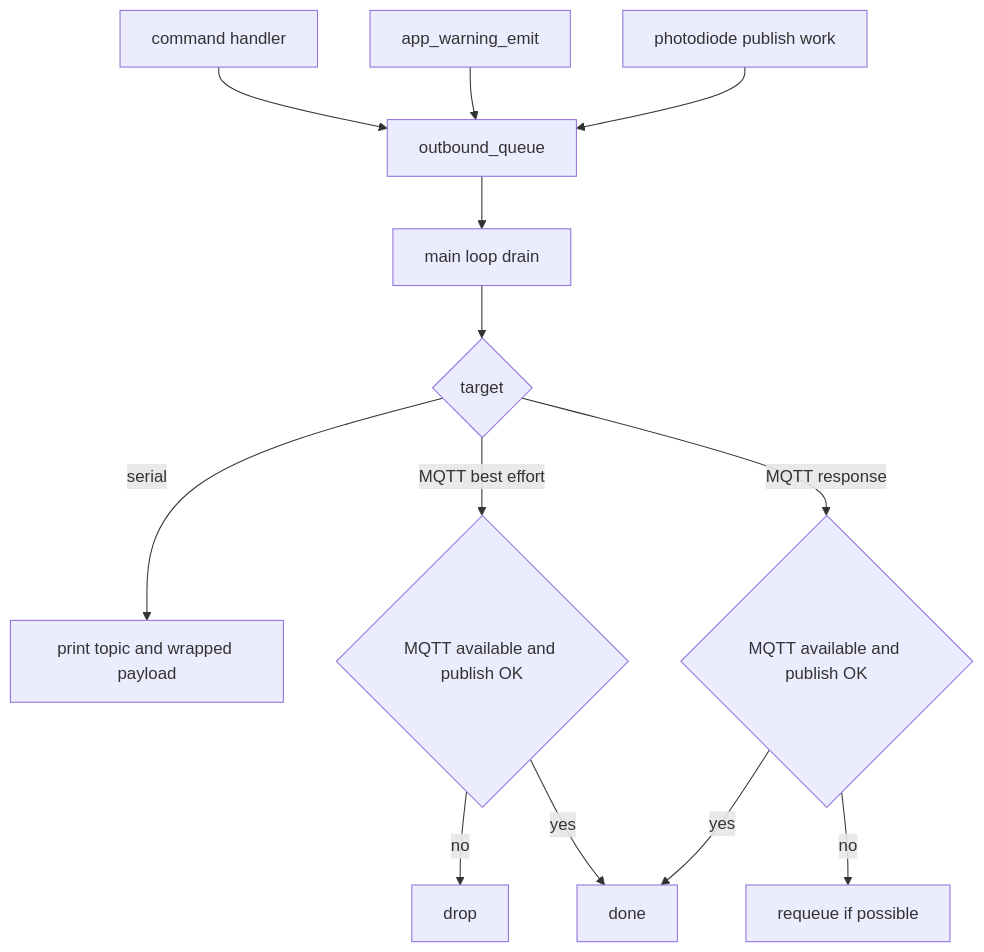
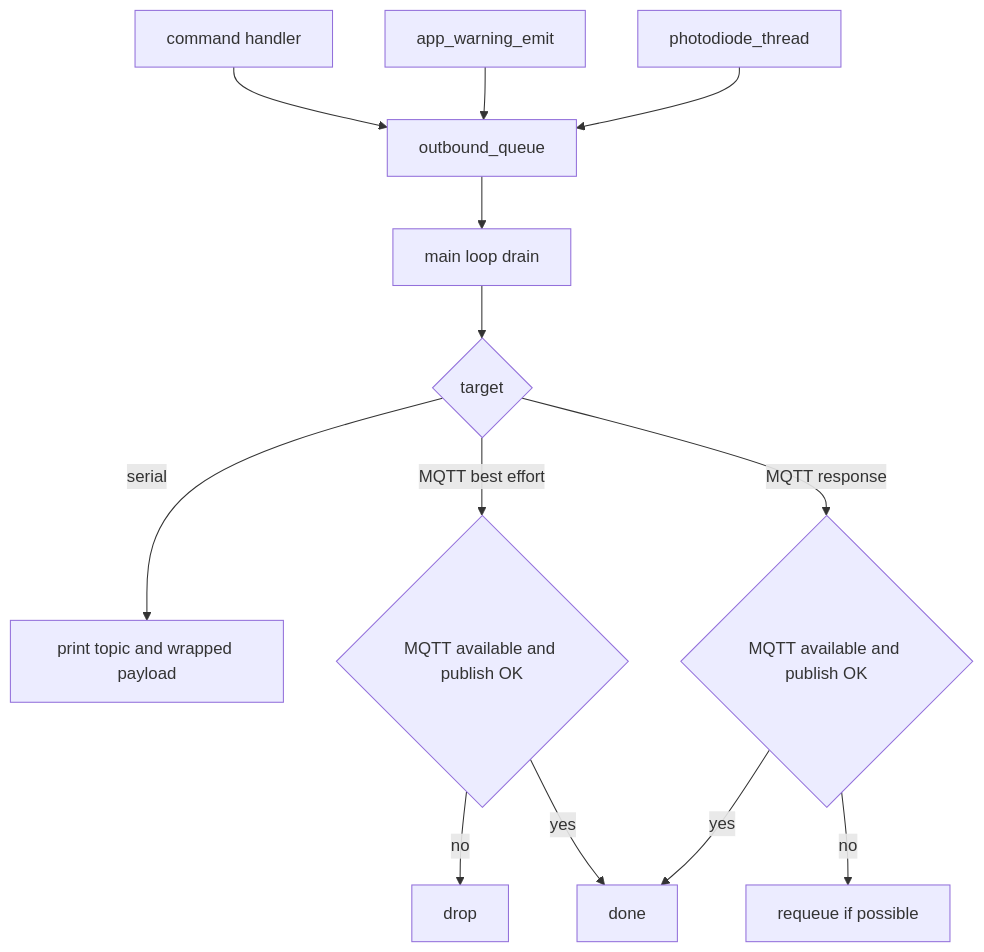
One commit to COO-Utilities/hispec-tib changed the seventh of 17 diagrams in doc/diagrams.md. Above: the diagram before and after it, drawn with Mermaid. The commit also changed other lines of this file and 13 other files, not shown here.

````diff
--- a/doc/diagrams.md
+++ b/doc/diagrams.md
@@ -136,15 +135,15 @@
 ```mermaid
 flowchart TD
   Handler[command handler] --> OutQ[outbound_queue]
   Warning[app_warning_emit] --> OutQ
-  PDWork[photodiode publish work] --> OutQ
+  Photodiode[photodiode_thread] --> OutQ
   OutQ --> Drain[main loop drain]
   Drain --> Target{target}
   Target -- serial --> Print[print topic and wrapped payload]
   Target -- MQTT best effort --> MQTTBE{MQTT available and publish OK}
   Target -- MQTT response --> MQTT{MQTT available and publish OK}
   MQTTBE -- no --> Drop[drop]
   MQTTBE -- yes --> Done[done]
   MQTT -- no --> Requeue[requeue if possible]
   MQTT -- yes --> Done
 ```
````
